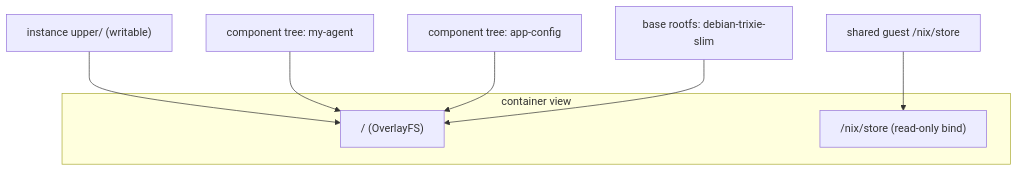
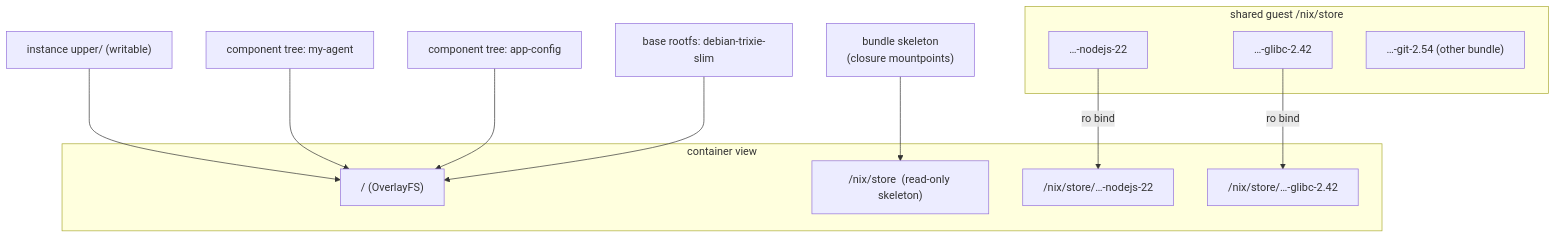
The sixth of 9 diagrams in docs/architecture.md (AkaraChen/open-agent-runtime), drawn with Mermaid before and after one commit. The commit also changed other lines of this file and 6 other files, not shown here.

Commit message:
Expose only the bundle closure in /nix/store (per-path read-only binds over a per-bundle skeleton); Chinese README

````diff
--- a/docs/architecture.md
+++ b/docs/architecture.md
@@ -193,12 +194,21 @@
 ```mermaid
 flowchart TB
     subgraph View["container view"]
         ROOT["/  (OverlayFS)"]
-        NS["/nix/store  (read-only bind)"]
+        NS["/nix/store  (read-only skeleton)"]
+        P1["/nix/store/…-nodejs-22"]
+        P2["/nix/store/…-glibc-2.42"]
     end
     UP["instance upper/ (writable)"] --> ROOT
     C1["component tree: my-agent"] --> ROOT
     C2["component tree: app-config"] --> ROOT
     BASE["base rootfs: debian-trixie-slim"] --> ROOT
-    STORE["shared guest /nix/store"] --> NS
+    SK["bundle skeleton<br/>(closure mountpoints)"] --> NS
+    subgraph Shared["shared guest /nix/store"]
+        S1["…-nodejs-22"]
+        S2["…-glibc-2.42"]
+        S3["…-git-2.54  (other bundle)"]
+    end
+    S1 -- "ro bind" --> P1
+    S2 -- "ro bind" --> P2
 ```
````
